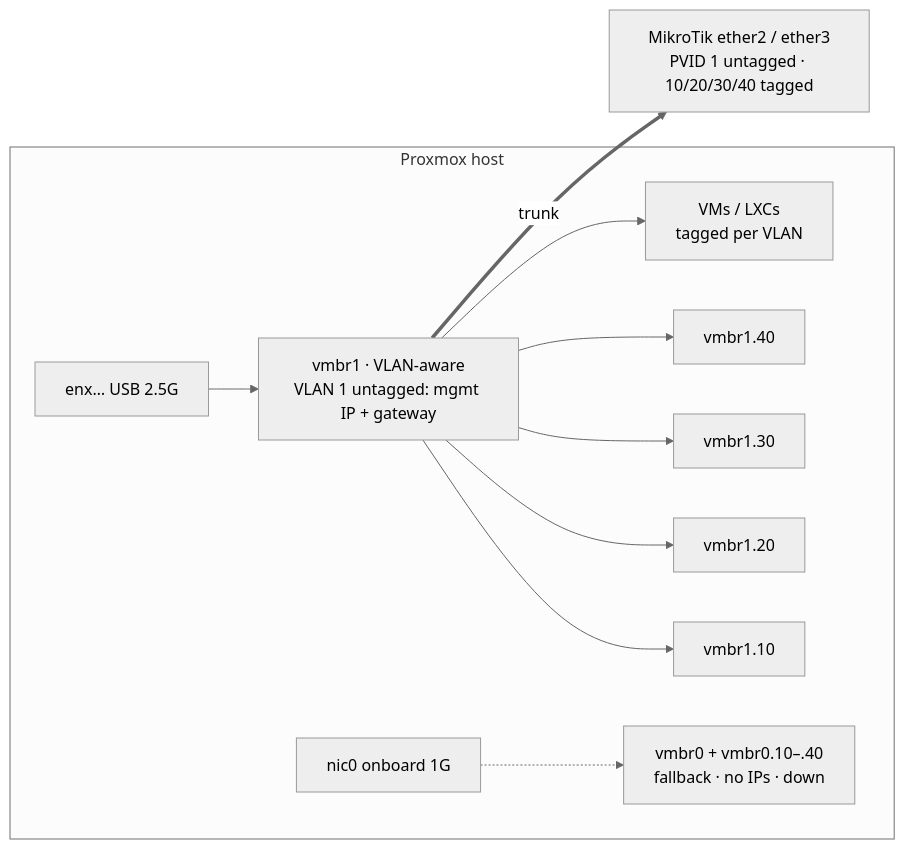
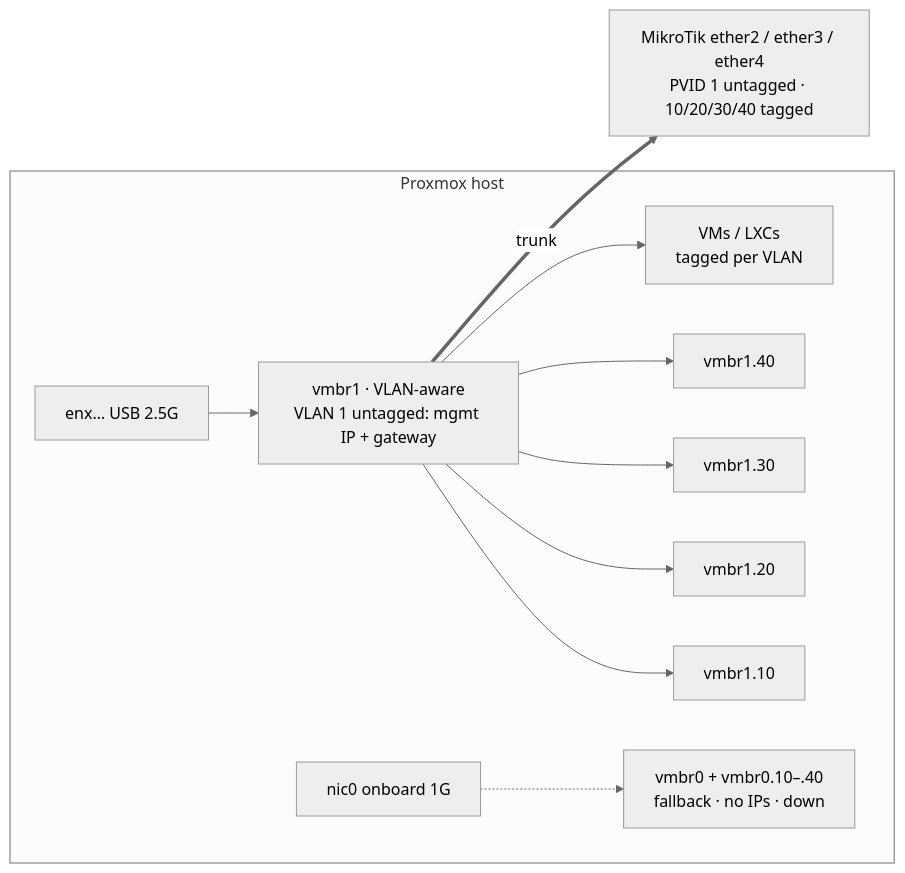
Before and after one commit to Cpinto0594/proxmox_scripts_tests: the diagram in dokploy/compose-files/projects/homelab/docs-zensical/docs/network/usb-2.5g-adapters.md, drawn with Mermaid (neutral theme). The commit also changed other lines of this file and 16 other files, not shown here.

````diff
--- a/dokploy/compose-files/projects/homelab/docs-zensical/docs/network/usb-2.5g-adapters.md
+++ b/dokploy/compose-files/projects/homelab/docs-zensical/docs/network/usb-2.5g-adapters.md
@@ -18,10 +21,10 @@
 ```mermaid
 flowchart LR
     subgraph host[Proxmox host]
         usb[enx… USB 2.5G] --> vmbr1["vmbr1 · VLAN-aware<br/>VLAN 1 untagged: mgmt IP + gateway"]
         vmbr1 --> v10[vmbr1.10] & v20[vmbr1.20] & v30[vmbr1.30] & v40[vmbr1.40]
         vmbr1 --> vms[VMs / LXCs<br/>tagged per VLAN]
         nic0[nic0 onboard 1G] -.-> vmbr0["vmbr0 + vmbr0.10–.40<br/>fallback · no IPs · down"]
     end
-    vmbr1 == trunk ==> sw["MikroTik ether2 / ether3<br/>PVID 1 untagged · 10/20/30/40 tagged"]
+    vmbr1 == trunk ==> sw["MikroTik ether2 / ether3 / ether4<br/>PVID 1 untagged · 10/20/30/40 tagged"]
 ```
````
